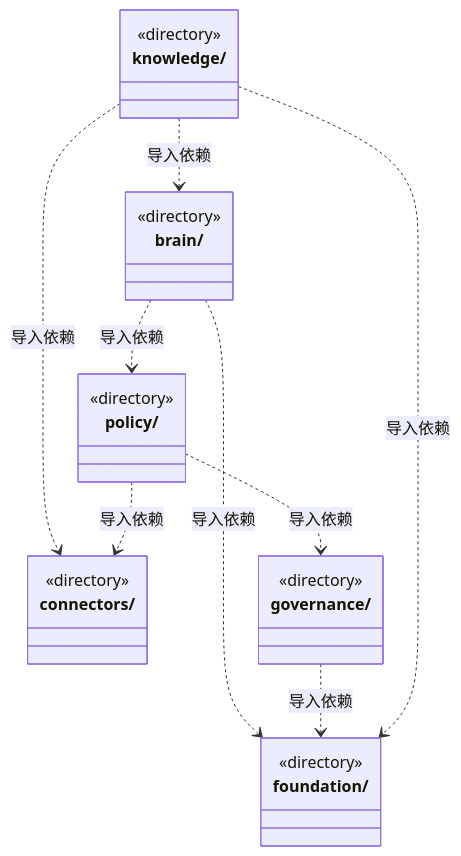
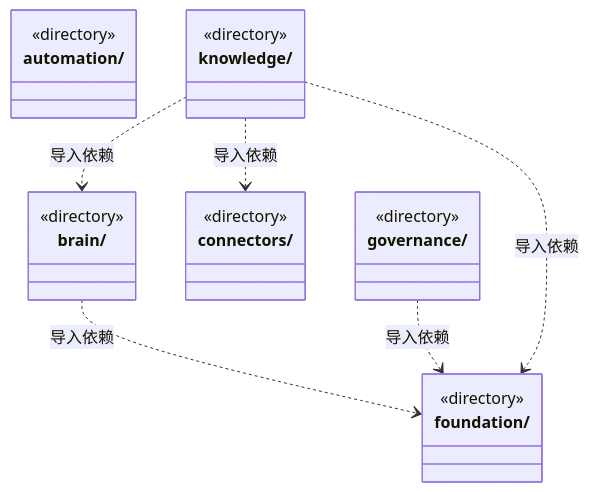
One commit to nan023062/cbim changed the first of 2 diagrams in src/backend/core/ARCHITECTURE.md. Above: the diagram before and after it, drawn with Mermaid. The commit also changed other lines of this file and 47 other files, not shown here.

````diff
--- a/src/backend/core/ARCHITECTURE.md
+++ b/src/backend/core/ARCHITECTURE.md
@@ -15,29 +15,26 @@
 ```mermaid
 classDiagram
+class N_src_backend_core_automation["automation/"] {
+  <<directory>>
+}
 class N_src_backend_core_brain["brain/"] {
   <<directory>>
 }
 class N_src_backend_core_connectors["connectors/"] {
   <<directory>>
 }
 class N_src_backend_core_foundation["foundation/"] {
   <<directory>>
 }
 class N_src_backend_core_governance["governance/"] {
   <<directory>>
 }
 class N_src_backend_core_knowledge["knowledge/"] {
   <<directory>>
 }
-class N_src_backend_core_policy["policy/"] {
-  <<directory>>
-}
 N_src_backend_core_brain ..> N_src_backend_core_foundation : 导入依赖
-N_src_backend_core_brain ..> N_src_backend_core_policy : 导入依赖
 N_src_backend_core_governance ..> N_src_backend_core_foundation : 导入依赖
 N_src_backend_core_knowledge ..> N_src_backend_core_foundation : 导入依赖
 N_src_backend_core_knowledge ..> N_src_backend_core_connectors : 导入依赖
 N_src_backend_core_knowledge ..> N_src_backend_core_brain : 导入依赖
-N_src_backend_core_policy ..> N_src_backend_core_governance : 导入依赖
-N_src_backend_core_policy ..> N_src_backend_core_connectors : 导入依赖
 ```
````
